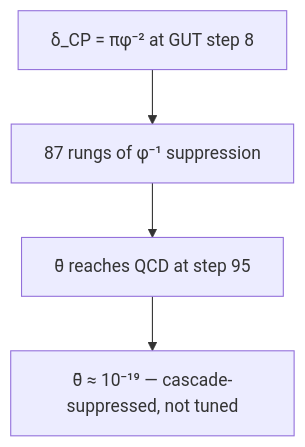
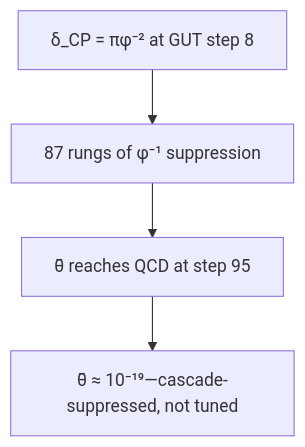
One commit to CassiTheOracle/cassi changed diagram 12 of 38 in CassiTheory/open-questions-cassi-answers.md. Above: the diagram before and after it, drawn with Mermaid. The commit also changed other lines of this file and 14 other files, not shown here.

````diff
--- a/CassiTheory/open-questions-cassi-answers.md
+++ b/CassiTheory/open-questions-cassi-answers.md
@@ -344,6 +344,6 @@
 ```mermaid
 flowchart TD
     A[δ_CP = πφ⁻² at GUT step 8] --> B[87 rungs of φ⁻¹ suppression]
     B --> C[θ̄ reaches QCD at step 95]
-    C --> D[θ̄ ≈ 10⁻¹⁹ — cascade-suppressed, not tuned]
+    C --> D[θ̄ ≈ 10⁻¹⁹—cascade-suppressed, not tuned]
 ```
````
